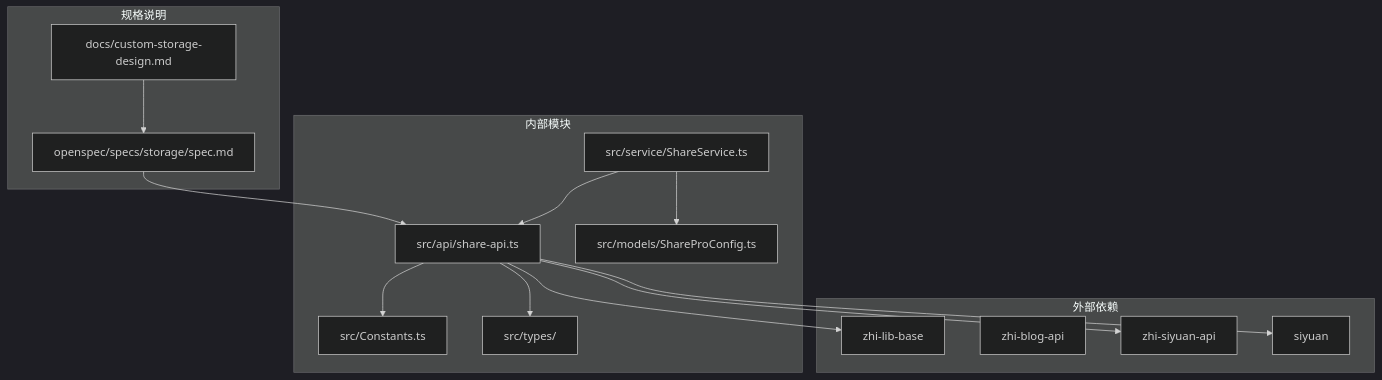
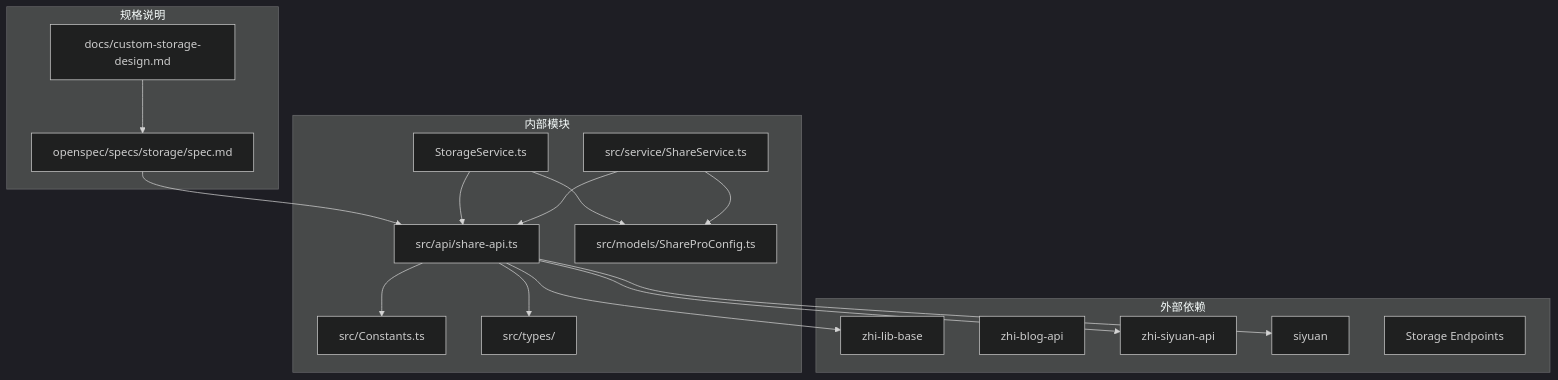
The seventh of 7 diagrams in .qoder/repowiki/zh/content/API参考文档/核心API接口/存储API端点.md (terwerinc/siyuan-plugin-share-pro), drawn with Mermaid (dark theme) before and after one commit. The commit also changed other lines of this file and 6 other files, not shown here.

````diff
--- a/.qoder/repowiki/zh/content/API参考文档/核心API接口/存储API端点.md
+++ b/.qoder/repowiki/zh/content/API参考文档/核心API接口/存储API端点.md
@@ -357,29 +479,33 @@
 ```mermaid
 graph TB
 subgraph "外部依赖"
 ZLB[zhi-lib-base]
 ZBA[zhi-blog-api]
 ZSA[zhi-siyuan-api]
 SIY[siyuan]
+ENDPOINT[Storage Endpoints]
 end
 subgraph "内部模块"
 SA[src/api/share-api.ts]
 SC[src/models/ShareProConfig.ts]
 CT[src/Constants.ts]
 TS[src/types/]
 SS[src/service/ShareService.ts]
+STS[StorageService.ts]
 end
 subgraph "规格说明"
 SPEC[openspec/specs/storage/spec.md]
 DOC[docs/custom-storage-design.md]
 end
 SA --> ZLB
 SA --> ZSA
 SA --> SIY
 SS --> SA
 SS --> SC
+STS --> SA
+STS --> SC
 SA --> CT
 SA --> TS
 SPEC --> SA
 DOC --> SPEC
 ```
````
